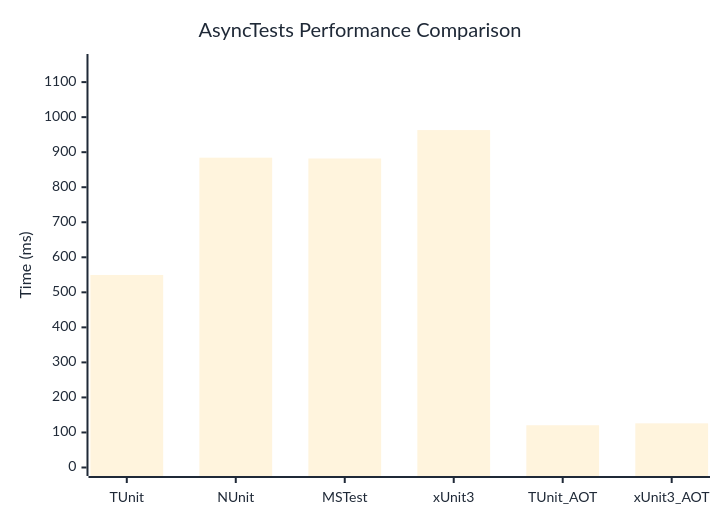
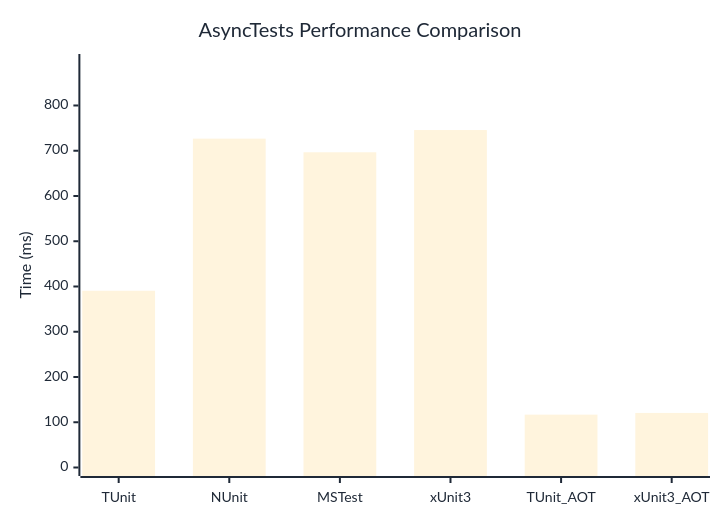
Before and after one commit to thomhurst/TUnit: the diagram in docs/docs/benchmarks/engine/AsyncTests.md, drawn with Mermaid. The commit also changed other lines of this file and 18 other files, not shown here.

````diff
--- a/docs/docs/benchmarks/engine/AsyncTests.md
+++ b/docs/docs/benchmarks/engine/AsyncTests.md
@@ -30,37 +30,37 @@
 ```mermaid
 %%{init: {
   'theme':'base',
   'themeVariables': {
     'primaryColor': '#2563eb',
     'primaryTextColor': '#1f2937',
     'primaryBorderColor': '#1e40af',
     'lineColor': '#6b7280',
     'secondaryColor': '#7c3aed',
     'tertiaryColor': '#dc2626',
     'background': '#ffffff',
     'mainBkg': '#2563eb',
     'secondBkg': '#7c3aed',
     'tertiaryBkg': '#dc2626',
     'clusterBkg': '#f3f4f6',
     'edgeLabelBackground': '#ffffff',
     'tertiaryTextColor': '#1f2937',
     'pie1': '#2563eb',
     'pie2': '#7c3aed',
     'pie3': '#dc2626',
     'pie4': '#f59e0b',
     'pie5': '#10b981',
     'pie6': '#06b6d4',
     'pie7': '#ec4899',
     'pie8': '#6366f1',
     'pie9': '#84cc16',
     'pie10': '#f97316',
     'pie11': '#14b8a6',
     'pie12': '#a855f7'
   }
 }}%%
 xychart-beta
   title "AsyncTests Performance Comparison"
   x-axis ["TUnit", "NUnit", "MSTest", "xUnit3", "TUnit_AOT", "xUnit3_AOT"]
-  y-axis "Time (ms)" 0 --> 1156
-  bar [549.6, 884.3, 882, 963.1, 120.6, 126.1]
+  y-axis "Time (ms)" 0 --> 895
+  bar [390.6, 726.7, 696.6, 745.7, 116.8, 120.6]
 ```
````
